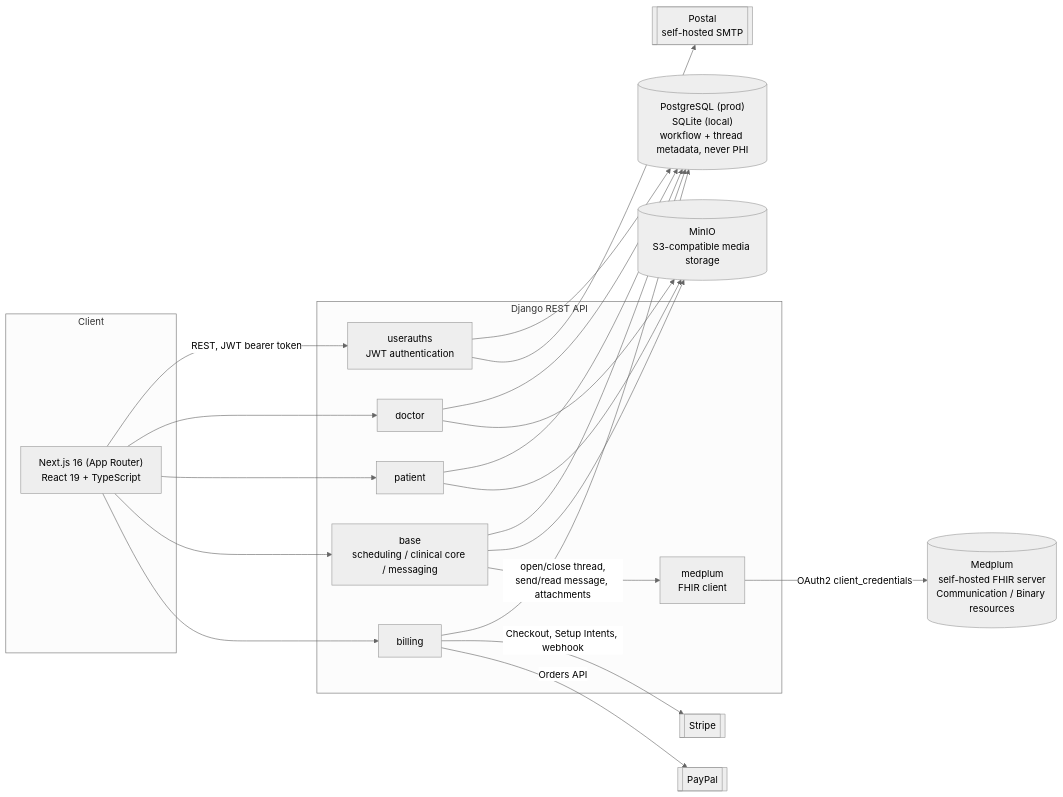
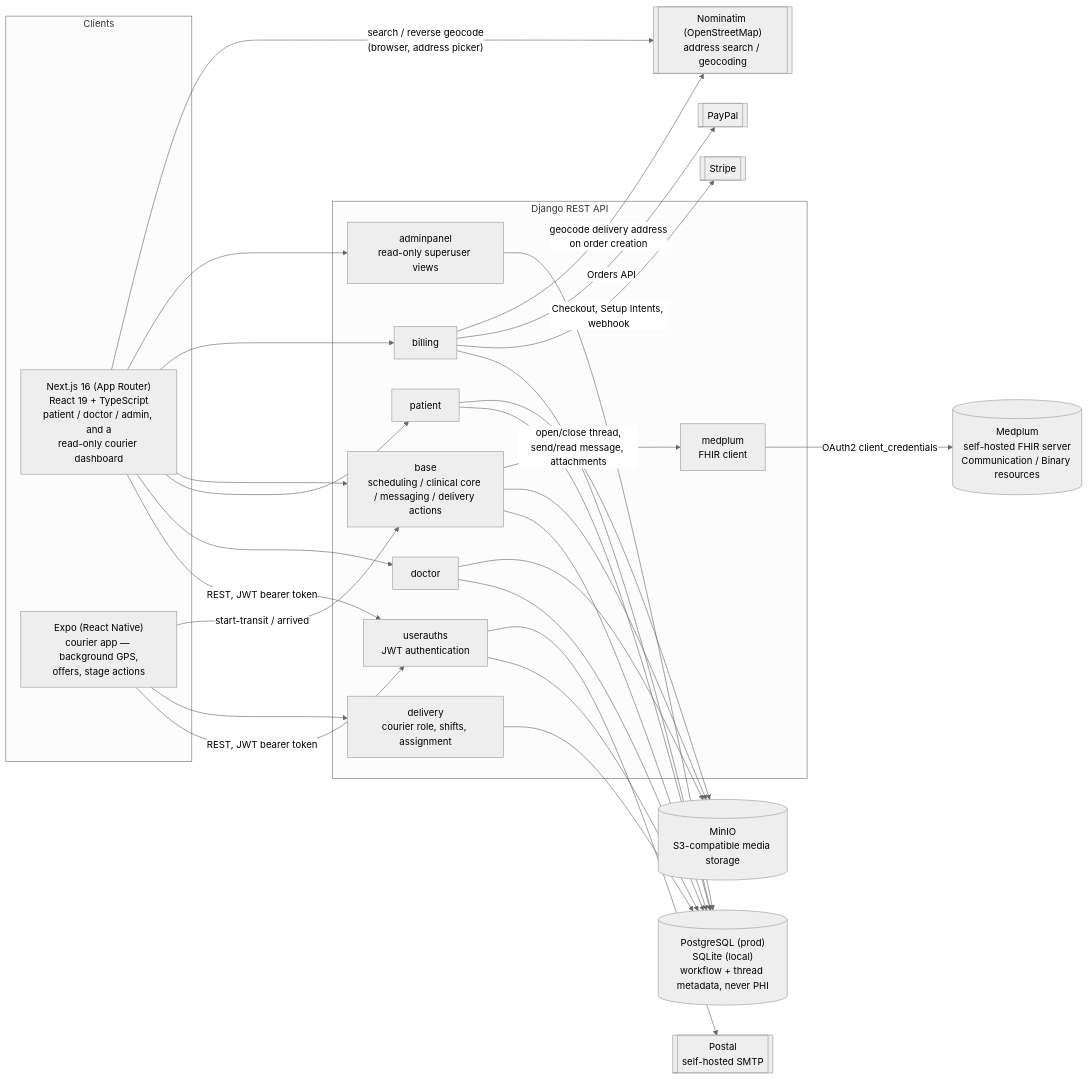
The first of 6 diagrams in README.md (cris185/CHOHEALTH), drawn with Mermaid (neutral theme) before and after one commit. The commit also changed other lines of this file and 1 other file, not shown here.

First line of the commit message:
Document real GPS delivery tracking in the README, replace the simulated-delivery limitation note

````diff
--- a/README.md
+++ b/README.md
@@ -122,45 +134,57 @@
 ```mermaid
 flowchart LR
-    subgraph client["Client"]
-        FE["Next.js 16 (App Router)<br/>React 19 + TypeScript"]
+    subgraph client["Clients"]
+        FE["Next.js 16 (App Router)<br/>React 19 + TypeScript<br/>patient / doctor / admin, and a<br/>read-only courier dashboard"]
+        MOBILE["Expo (React Native)<br/>courier app — background GPS,<br/>offers, stage actions"]
     end
 
     subgraph api["Django REST API"]
         AUTH["userauths<br/>JWT authentication"]
         DOC["doctor"]
         PAT["patient"]
-        BASE["base<br/>scheduling / clinical core / messaging"]
+        BASE["base<br/>scheduling / clinical core / messaging / delivery actions"]
+        DELIV["delivery<br/>courier role, shifts, assignment"]
+        ADMIN["adminpanel<br/>read-only superuser views"]
         BILL["billing"]
         MED["medplum<br/>FHIR client"]
     end
 
     DB[("PostgreSQL (prod)<br/>SQLite (local)<br/>workflow + thread metadata, never PHI")]
     MINIO[("MinIO<br/>S3-compatible media storage")]
     STRIPE[["Stripe"]]
     PAYPAL[["PayPal"]]
     POSTAL[["Postal<br/>self-hosted SMTP"]]
     MEDPLUM[("Medplum<br/>self-hosted FHIR server<br/>Communication / Binary resources")]
+    NOMINATIM[["Nominatim (OpenStreetMap)<br/>address search / geocoding"]]
 
     FE -->|"REST, JWT bearer token"| AUTH
     FE --> DOC
     FE --> PAT
     FE --> BASE
     FE --> BILL
+    FE --> ADMIN
+    FE -->|"search / reverse geocode<br/>(browser, address picker)"| NOMINATIM
+    MOBILE -->|"REST, JWT bearer token"| AUTH
+    MOBILE --> DELIV
+    MOBILE -->|"start-transit / arrived"| BASE
 
     AUTH --> DB
     DOC --> DB
     PAT --> DB
     BASE --> DB
     BILL --> DB
+    DELIV --> DB
+    ADMIN --> DB
 
     DOC --> MINIO
     PAT --> MINIO
     BASE --> MINIO
 
     BASE -->|"open/close thread,<br/>send/read message, attachments"| MED
     MED -->|"OAuth2 client_credentials"| MEDPLUM
 
     BILL -->|"Checkout, Setup Intents, webhook"| STRIPE
     BILL -->|"Orders API"| PAYPAL
+    BILL -->|"geocode delivery address<br/>on order creation"| NOMINATIM
     AUTH --> POSTAL
 ```
````
